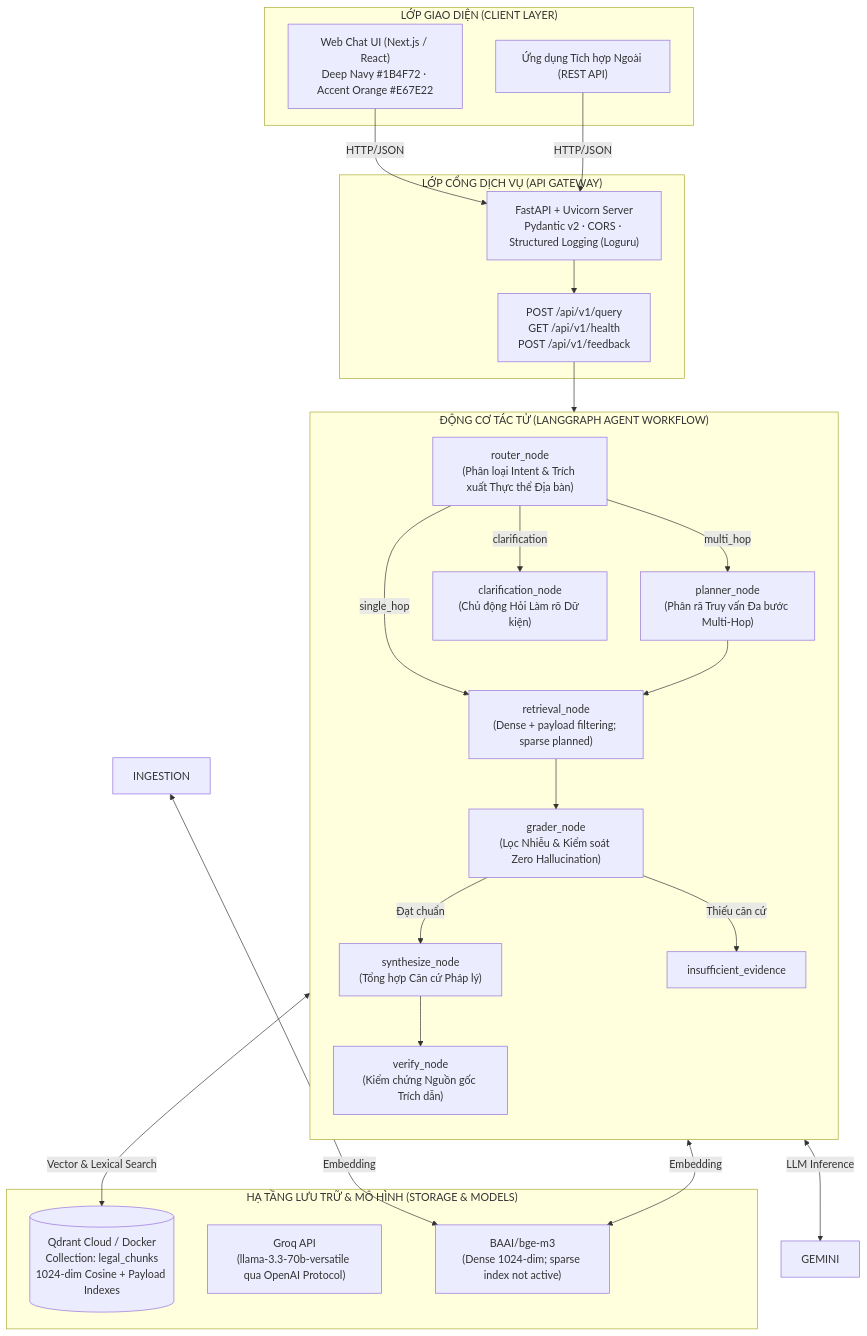
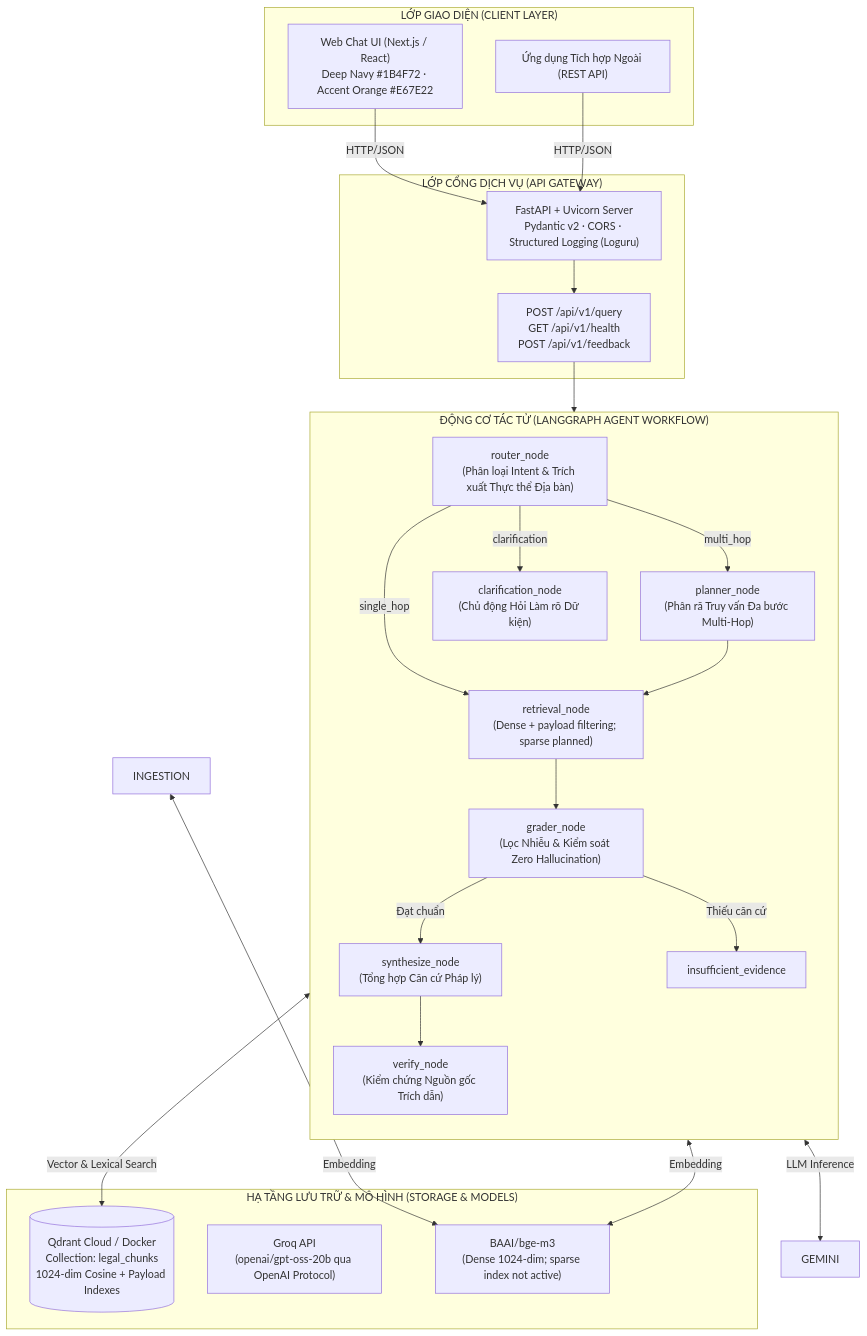
The first of 3 diagrams in docs/architecture/README.md (dovh25/agentic-rag-legal-qa-hanoi), drawn with Mermaid before and after one commit. The commit also changed other lines of this file and 70 other files, not shown here.

First line of the commit message:
feat: migrate LLM from Llama to GPT-OSS-20b via Groq + update frontend to Tailwind v3 + documentation updates

````diff
--- a/docs/architecture/README.md
+++ b/docs/architecture/README.md
@@ -15,44 +15,44 @@
 ```mermaid
 graph TB
     subgraph CLIENT["LỚP GIAO DIỆN (CLIENT LAYER)"]
         UI["Web Chat UI (Next.js / React)\nDeep Navy #1B4F72 · Accent Orange #E67E22"]
         EXT_APP["Ứng dụng Tích hợp Ngoài (REST API)"]
     end
 
     subgraph GATEWAY["LỚP CỔNG DỊCH VỤ (API GATEWAY)"]
         FA["FastAPI + Uvicorn Server\nPydantic v2 · CORS · Structured Logging (Loguru)"]
         ENDPOINTS["POST /api/v1/query\nGET /api/v1/health\nPOST /api/v1/feedback"]
     end
 
     subgraph AGENT_ENGINE["ĐỘNG CƠ TÁC TỬ (LANGGRAPH AGENT WORKFLOW)"]
         direction TB
         ROUTER["router_node\n(Phân loại Intent & Trích xuất Thực thể Địa bàn)"]
         PLANNER["planner_node\n(Phân rã Truy vấn Đa bước Multi-Hop)"]
         RETRIEVER["retrieval_node\n(Dense + payload filtering; sparse planned)"]
         GRADER["grader_node\n(Lọc Nhiễu & Kiểm soát Zero Hallucination)"]
         SYNTHESIZER["synthesize_node\n(Tổng hợp Căn cứ Pháp lý)"]
         VERIFIER["verify_node\n(Kiểm chứng Nguồn gốc Trích dẫn)"]
         CLARIFIER["clarification_node\n(Chủ động Hỏi Làm rõ Dữ kiện)"]
 
         ROUTER -->|single_hop| RETRIEVER
         ROUTER -->|multi_hop| PLANNER
         ROUTER -->|clarification| CLARIFIER
         PLANNER --> RETRIEVER
         RETRIEVER --> GRADER
         GRADER -->|Đạt chuẩn| SYNTHESIZER
         GRADER -->|Thiếu căn cứ| REFUSE["insufficient_evidence"]
         SYNTHESIZER --> VERIFIER
     end
 
     subgraph INFRASTRUCTURE["HẠ TẦNG LƯU TRỮ & MÔ HÌNH (STORAGE & MODELS)"]
         QDRANT[("Qdrant Cloud / Docker\nCollection: legal_chunks\n1024-dim Cosine + Payload Indexes")]
-        GROQ["Groq API\n(llama-3.3-70b-versatile qua OpenAI Protocol)"]
+        GROQ["Groq API\n(openai/gpt-oss-20b qua OpenAI Protocol)"]
         BGEM3["BAAI/bge-m3\n(Dense 1024-dim; sparse index not active)"]
     end
 
     UI & EXT_APP -->|HTTP/JSON| FA
     FA --> ENDPOINTS --> AGENT_ENGINE
     RETRIEVER <-->|Vector & Lexical Search| QDRANT
     SYNTHESIZER <-->|LLM Inference| GEMINI
     RETRIEVER & INGESTION <-->|Embedding| BGEM3
 ```
````
